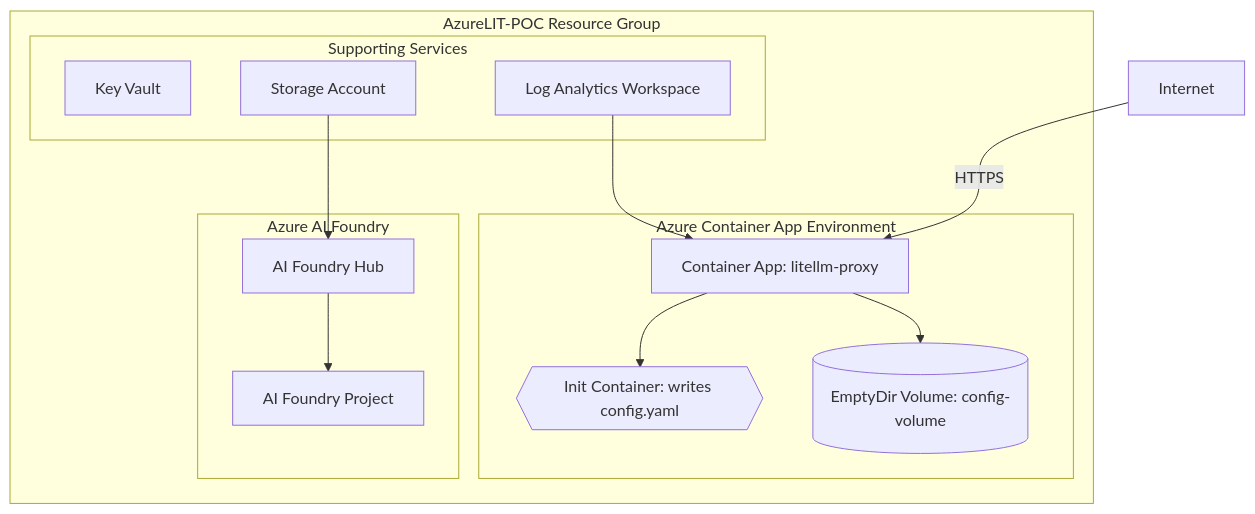
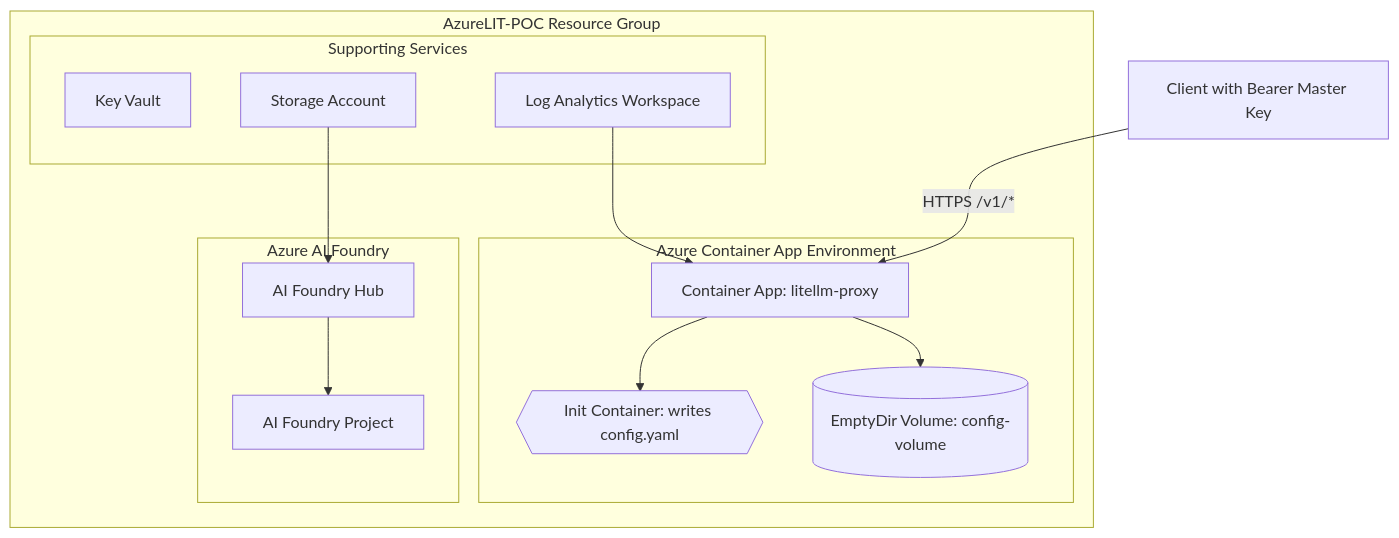
Before and after one commit to semidark/azure-lit: the diagram in docs/DEPLOYMENT_SUMMARY.md, drawn with Mermaid. The commit also changed other lines of this file and 10 other files, not shown here.

Commit message:
docs+infra: add strict custom_auth docs and secure master key handling; harden LiteLLM config (drop_params, header forwarding off); upgrade image tag; infra ignores for tfplan/env backups. Rationale: enforce pay-as-you-go auth without Front Door; prep for future custom_auth implementation.

````diff
--- a/docs/DEPLOYMENT_SUMMARY.md
+++ b/docs/DEPLOYMENT_SUMMARY.md
@@ -24,22 +35,22 @@
 ```mermaid
 graph TD
     subgraph "AzureLIT-POC Resource Group"
         subgraph "Azure Container App Environment"
             A[Container App: litellm-proxy]
             A --> B{{Init Container: writes config.yaml}}
             A --> C[(EmptyDir Volume: config-volume)]
         end
 
         subgraph "Azure AI Foundry"
             D[AI Foundry Hub] --> E[AI Foundry Project]
         end
 
         subgraph "Supporting Services"
             F[Key Vault]
             G[Storage Account] --> D
             H[Log Analytics Workspace] --> A
         end
     end
 
-    I[Internet] -->|HTTPS| A
+    I[Client with Bearer Master Key] -->|HTTPS /v1/*| A
 ```
````
